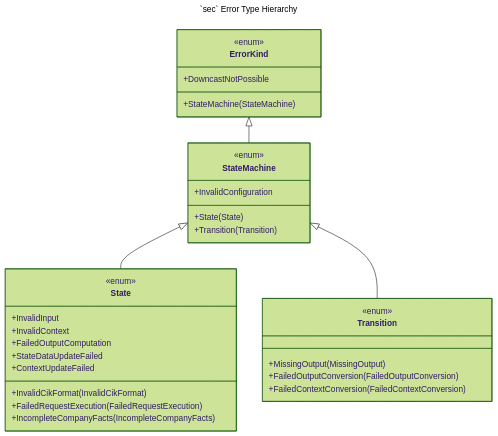
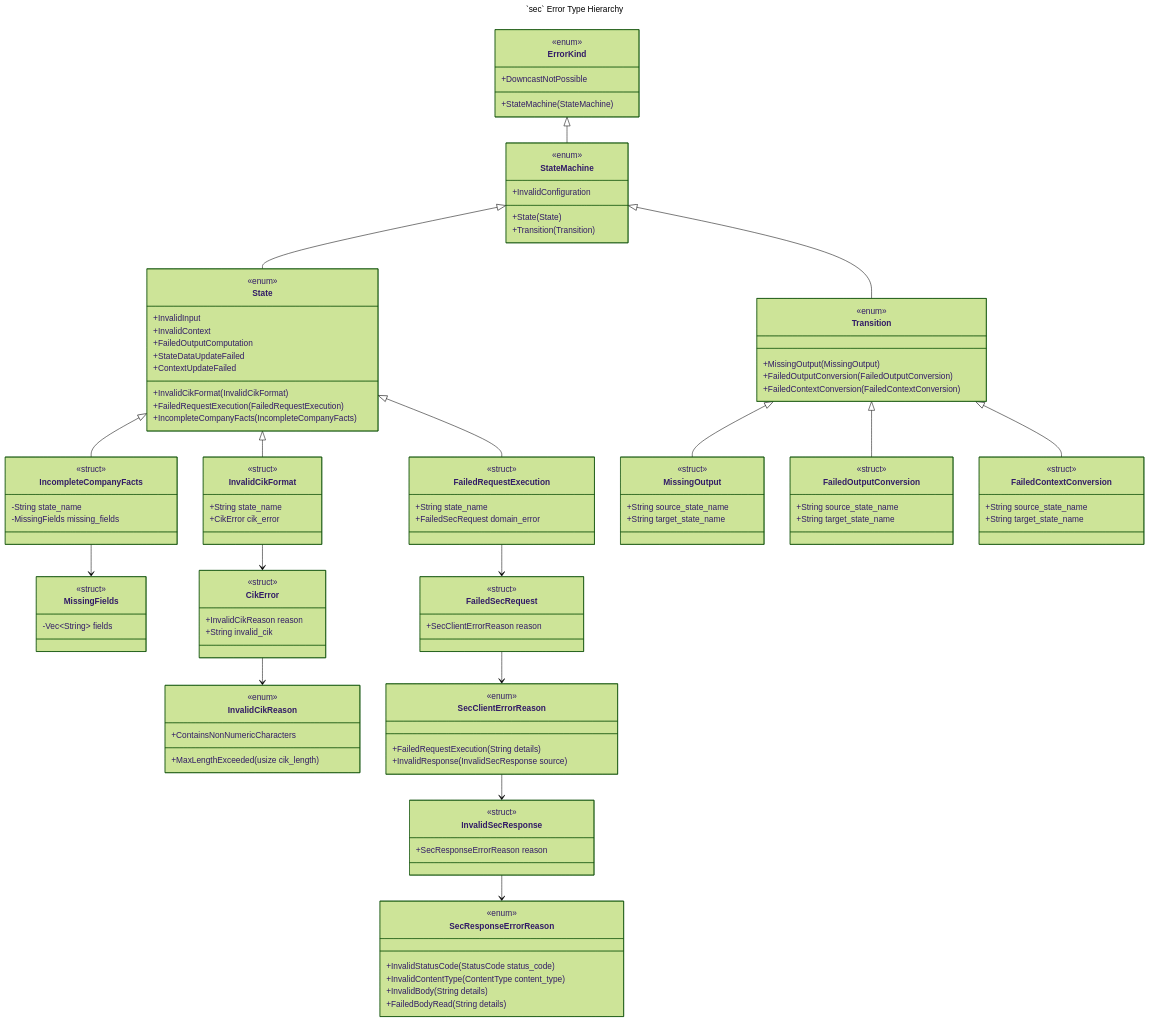
Before and after one commit to ironcapitaleu/arkad: the third of 3 diagrams in README.md, drawn with Mermaid (forest theme). The commit also changed other lines of this file, not shown here.

Commit message:
doc: restore full mermaid diagrams in README

````diff
--- a/README.md
+++ b/README.md
@@ -89,17 +250,22 @@
 classDiagram
     class ErrorKind{
         <<enum>>
+        %% Top-level error enum for all SEC state machine errors
         +StateMachine(StateMachine)
         +DowncastNotPossible
     }
+
     class StateMachine{
         <<enum>>
+        %% Errors during state machine execution
         +InvalidConfiguration
         +State(State)
         +Transition(Transition)
     }
+
     class State {
         <<enum>>
+        %% Errors from internal state operations
         +InvalidCikFormat(InvalidCikFormat)
         +FailedRequestExecution(FailedRequestExecution)
         +IncompleteCompanyFacts(IncompleteCompanyFacts)
@@ -109,13 +275,126 @@
         +StateDataUpdateFailed
         +ContextUpdateFailed
     }
+
     class Transition {
         <<enum>>
+        %% Errors during state transitions
         +MissingOutput(MissingOutput)
         +FailedOutputConversion(FailedOutputConversion)
         +FailedContextConversion(FailedContextConversion)
     }
+
+    class InvalidCikFormat{
+        <<struct>>
+        %% State-level wrapper for CIK validation errors
+        +String state_name
+        +CikError cik_error
+    }
+
+    class FailedRequestExecution{
+        <<struct>>
+        %% State-level wrapper for request execution errors
+        +String state_name
+        +FailedSecRequest domain_error
+    }
+
+    class IncompleteCompanyFacts{
+        <<struct>>
+        %% State-level error for missing XBRL concepts
+        -String state_name
+        -MissingFields missing_fields
+    }
+
+    class MissingFields{
+        <<struct>>
+        %% Newtype over the canonical names of the missing concepts
+        -Vec~String~ fields
+    }
+
+    class MissingOutput{
+        <<struct>>
+        %% Transition-level error for missing output data
+        +String source_state_name
+        +String target_state_name
+    }
+
+    class FailedOutputConversion{
+        <<struct>>
+        %% Transition-level error for output-to-input conversion failure
+        +String source_state_name
+        +String target_state_name
+    }
+
+    class FailedContextConversion{
+        <<struct>>
+        %% Transition-level error for context conversion failure
+        +String source_state_name
+        +String target_state_name
+    }
+
+    class CikError{
+        <<struct>>
+        %% Domain error for invalid CIK format
+        +InvalidCikReason reason
+        +String invalid_cik
+    }
+
+    class InvalidCikReason{
+        <<enum>>
+        %% Why a string failed CIK validation
+        +MaxLengthExceeded(usize cik_length)
+        +ContainsNonNumericCharacters
+    }
+
+    class FailedSecRequest{
+        <<struct>>
+        %% Domain error for SEC request execution
+        +SecClientErrorReason reason
+    }
+
+    class SecClientErrorReason{
+        <<enum>>
+        %% `sec_client::error::ErrorReason`, renamed here for diagram uniqueness
+        +FailedRequestExecution(String details)
+        +InvalidResponse(InvalidSecResponse source)
+    }
+
+    class InvalidSecResponse{
+        <<struct>>
+        %% Domain error for a response that failed SEC validation
+        +SecResponseErrorReason reason
+    }
+
+    class SecResponseErrorReason{
+        <<enum>>
+        %% `sec_response::error::ErrorReason`, renamed here for diagram uniqueness
+        +InvalidStatusCode(StatusCode status_code)
+        +InvalidContentType(ContentType content_type)
+        +InvalidBody(String details)
+        +FailedBodyRead(String details)
+    }
+
+    %% Error hierarchy relationships
     ErrorKind <|-- StateMachine
     StateMachine <|-- State
     StateMachine <|-- Transition
+
+    %% State error wraps domain errors
+    State <|-- InvalidCikFormat
+    State <|-- FailedRequestExecution
+    State <|-- IncompleteCompanyFacts
+
+    %% Transition error wraps specific errors
+    Transition <|-- MissingOutput
+    Transition <|-- FailedOutputConversion
+    Transition <|-- FailedContextConversion
+
+    %% State wrappers contain domain errors
+    InvalidCikFormat --> CikError
+    CikError --> InvalidCikReason
+    IncompleteCompanyFacts --> MissingFields
+    FailedRequestExecution --> FailedSecRequest
+    FailedSecRequest --> SecClientErrorReason
+    SecClientErrorReason --> InvalidSecResponse
+    InvalidSecResponse --> SecResponseErrorReason
 ```
````
